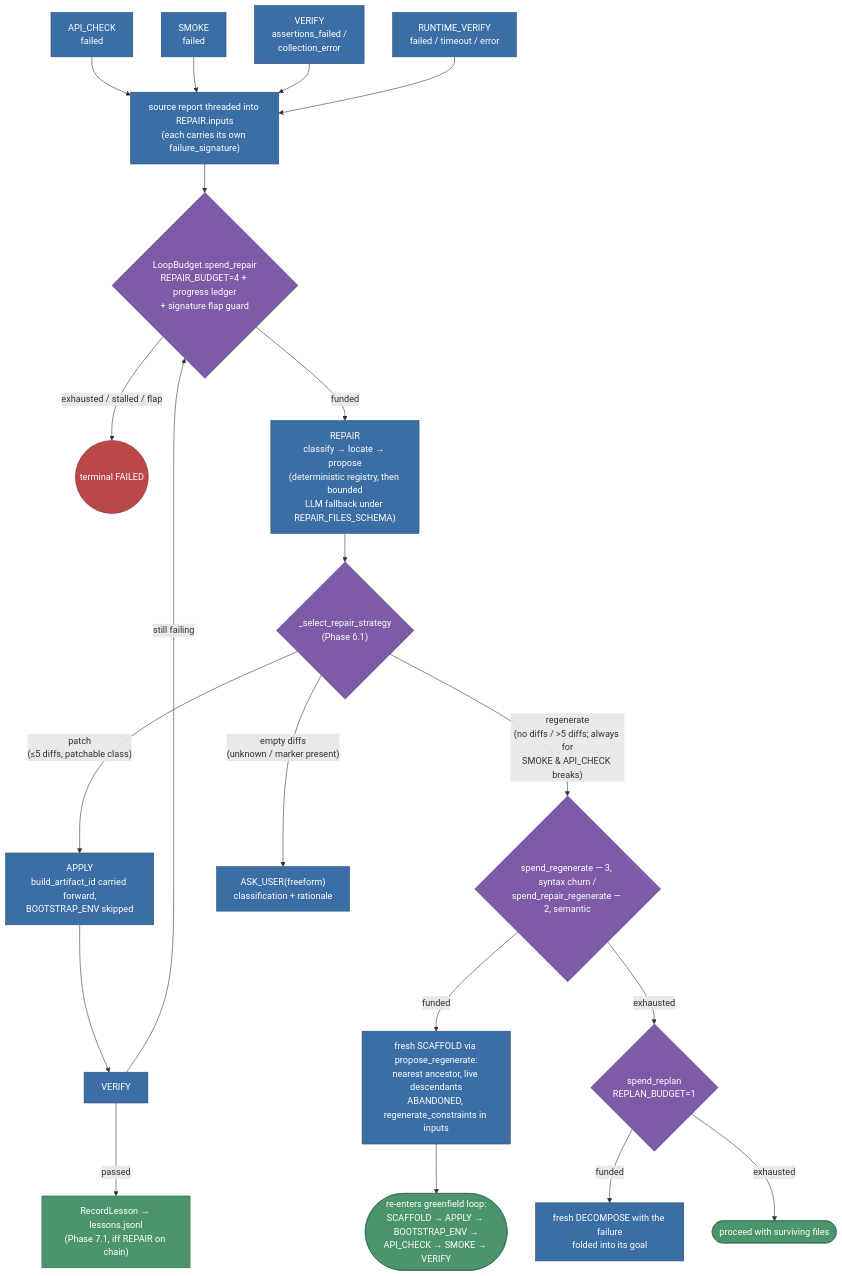
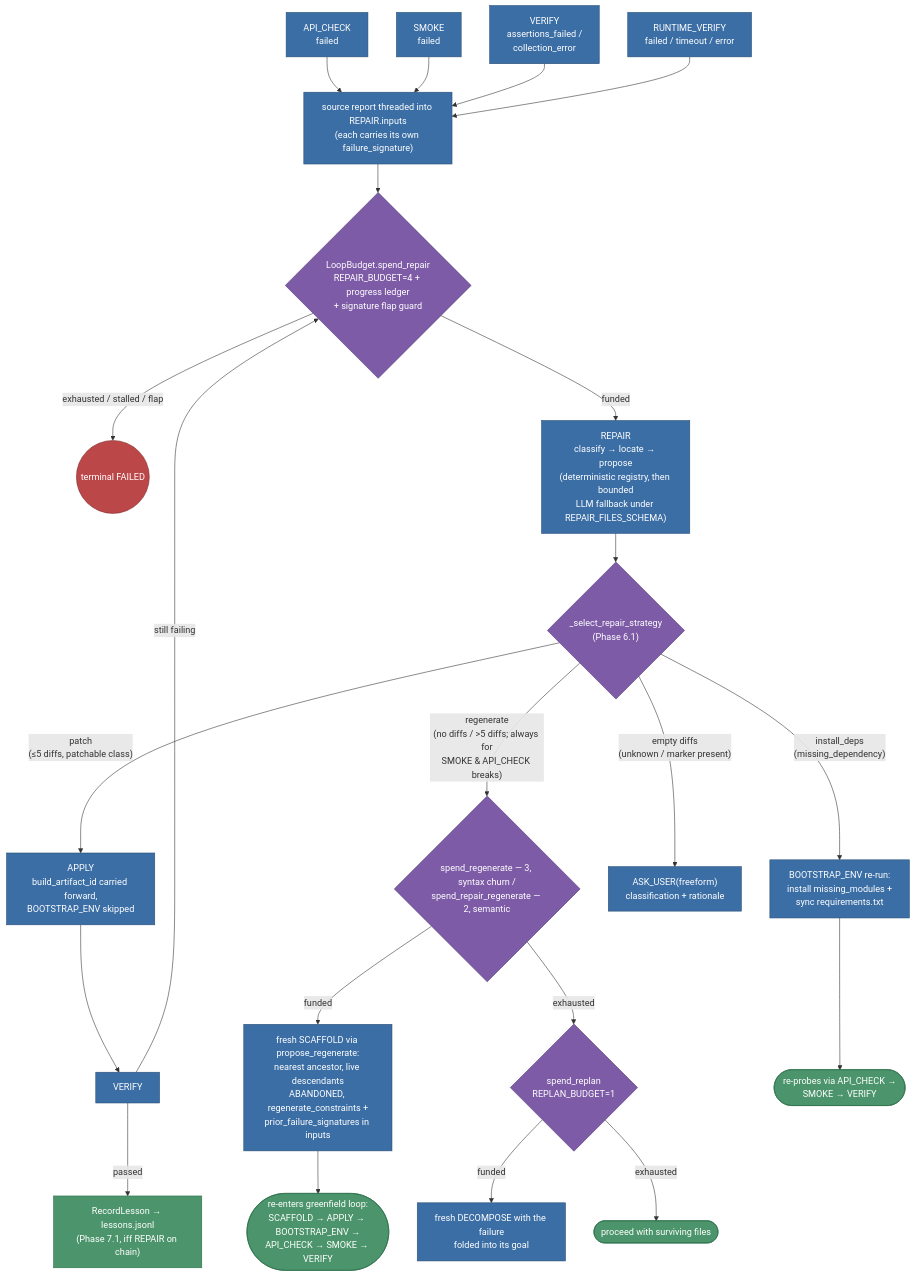
The third of 3 diagrams in docs/flowcharts.md (raminmohammadi/CGX), drawn with Mermaid before and after one commit. The commit also changed other lines of this file and 3 other files, not shown here.

````diff
--- a/docs/flowcharts.md
+++ b/docs/flowcharts.md
@@ -424,37 +431,40 @@
 ```mermaid
 flowchart TB
     AC["API_CHECK<br/>failed"] --> SRC
     SM["SMOKE<br/>failed"] --> SRC
     VF["VERIFY<br/>assertions_failed /<br/>collection_error"] --> SRC
     RV["RUNTIME_VERIFY<br/>failed / timeout / error"] --> SRC
     SRC["source report threaded into REPAIR.inputs<br/>(each carries its own failure_signature)"] --> GUARD
 
     GUARD{"LoopBudget.spend_repair<br/>REPAIR_BUDGET=4 + progress ledger<br/>+ signature flap guard"}
     GUARD -- "exhausted / stalled / flap" --> FAIL((terminal FAILED))
     GUARD -- funded --> REP["REPAIR<br/>classify → locate → propose<br/>(deterministic registry, then bounded<br/>LLM fallback under REPAIR_FILES_SCHEMA)"]
 
     REP --> STRAT{"_select_repair_strategy<br/>(Phase 6.1)"}
 
     STRAT -- "patch<br/>(≤5 diffs, patchable class)" --> APP["APPLY<br/>build_artifact_id carried forward,<br/>BOOTSTRAP_ENV skipped"]
     APP --> VER2["VERIFY"]
     VER2 -- passed --> LES["RecordLesson → lessons.jsonl<br/>(Phase 7.1, iff REPAIR on chain)"]
     VER2 -- "still failing" --> GUARD
 
     STRAT -- "regenerate<br/>(no diffs / >5 diffs; always for<br/>SMOKE & API_CHECK breaks)" --> RGUARD{"spend_regenerate — 3, syntax churn /<br/>spend_repair_regenerate — 2, semantic"}
-    RGUARD -- funded --> SCA["fresh SCAFFOLD via propose_regenerate:<br/>nearest ancestor, live descendants<br/>ABANDONED, regenerate_constraints in inputs"]
+    RGUARD -- funded --> SCA["fresh SCAFFOLD via propose_regenerate:<br/>nearest ancestor, live descendants<br/>ABANDONED, regenerate_constraints +<br/>prior_failure_signatures in inputs"]
     SCA --> LOOP(["re-enters greenfield loop:<br/>SCAFFOLD → APPLY → BOOTSTRAP_ENV →<br/>API_CHECK → SMOKE → VERIFY"])
     RGUARD -- exhausted --> RPL{"spend_replan<br/>REPLAN_BUDGET=1"}
     RPL -- funded --> DEC["fresh DECOMPOSE with the failure<br/>folded into its goal"]
     RPL -- exhausted --> SURV(["proceed with surviving files"])
+
+    STRAT -- "install_deps<br/>(missing_dependency)" --> BOOT["BOOTSTRAP_ENV re-run:<br/>install missing_modules +<br/>sync requirements.txt"]
+    BOOT --> LOOP2(["re-probes via API_CHECK →<br/>SMOKE → VERIFY"])
 
     STRAT -- "empty diffs<br/>(unknown / marker present)" --> ASK["ASK_USER(freeform)<br/>classification + rationale"]
 
     classDef road fill:#3b6ea5,stroke:#274c73,color:#fff;
     classDef gate fill:#7d5ba6,stroke:#4c3575,color:#fff;
     classDef term fill:#4c956c,stroke:#2c6e49,color:#fff;
     classDef bad fill:#bc4749,stroke:#7f2d2f,color:#fff;
-    class AC,SM,VF,RV,SRC,REP,APP,VER2,SCA,DEC,ASK road;
+    class AC,SM,VF,RV,SRC,REP,APP,VER2,SCA,DEC,ASK,BOOT road;
     class GUARD,STRAT,RGUARD,RPL gate;
-    class LES,LOOP,SURV term;
+    class LES,LOOP,LOOP2,SURV term;
     class FAIL bad;
 ```
````
